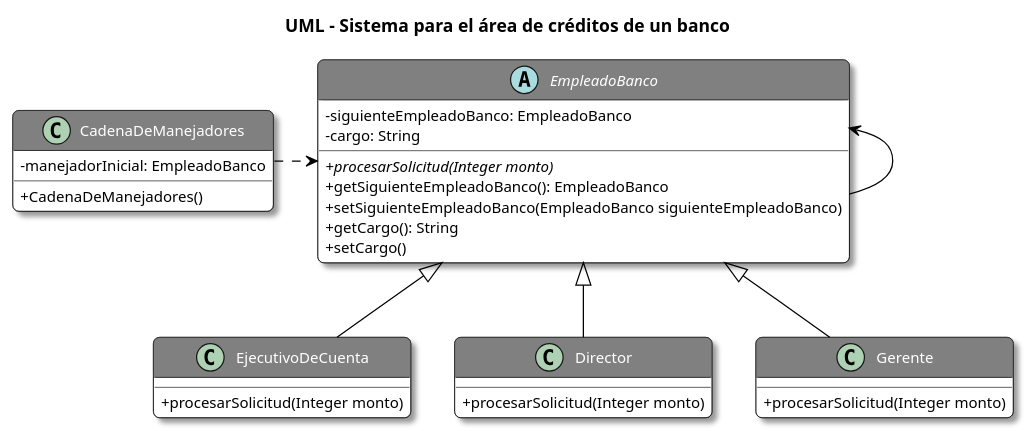
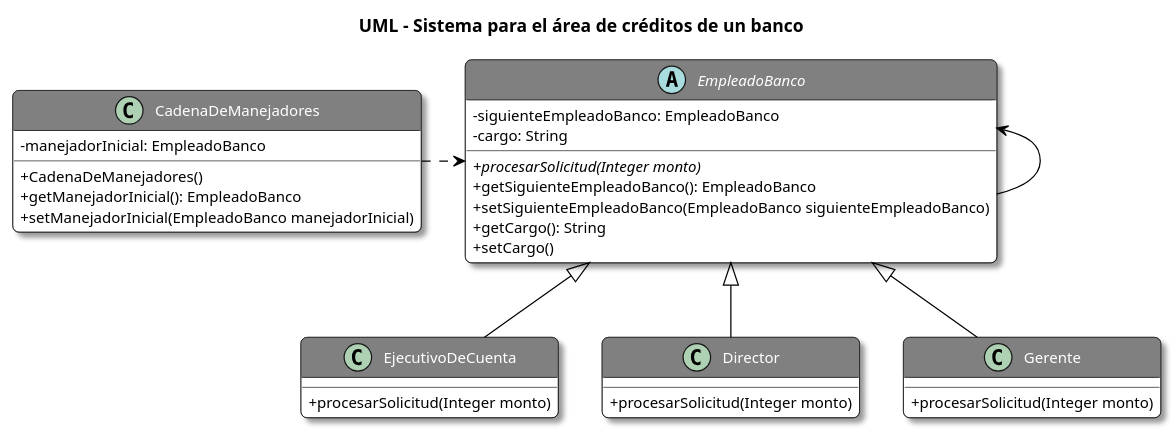
Before and after one commit to hfelipeserna/hfelipeserna.github.io: the diagram in Digital_House-Certified_Tech_Developer/Backend_I/Responsability_chain_pattern/Sistema_de_créditos/src/Sistema_Crédito_Bancario.puml, drawn with PlantUML. The commit also changed 2 other files, not shown here.

Commit message:
[FIXED] Corregir diagrama UML
- Se corrige diagrama UML donde no se mostraba el getter y setter para el manejadorInicial de la clase CadenaDeManejadores.

```diff
--- a/Digital_House-Certified_Tech_Developer/Backend_I/Responsability_chain_pattern/Sistema_de_créditos/src/Sistema_Crédito_Bancario.puml
+++ b/Digital_House-Certified_Tech_Developer/Backend_I/Responsability_chain_pattern/Sistema_de_créditos/src/Sistema_Crédito_Bancario.puml
@@ -1,69 +1,71 @@
 @startuml
 'https://plantuml.com/class-diagram
 '___________STYLES___________
 title UML - Sistema para el área de créditos de un banco
 skinparam classAttributeIconSize 0
 skinparam backgroundColor White
 skinparam RoundCorner 10
 skinparam Shadowing true
 
 skinparam class {
     ArrowColor Black
     BackgroundColor White
     HeaderBackgroundColor Gray
     BorderColor Black
     FontColor White
     FontSize 14
     AttributeFontSize 12
 }
 
 skinparam object{
     ArrowColor Black
     BackgroundColor White
     BorderColor Black
     FontColor Black
     FontSize 14
     AttributeFontSize 12
 }
 
 skinparam note {
     BackgroundColor LightYellow
     BorderColor Black
 }
 
 '___________UML___________
 
 abstract EmpleadoBanco {
 - siguienteEmpleadoBanco: EmpleadoBanco
 - cargo: String
 +{abstract}procesarSolicitud(Integer monto)
 +getSiguienteEmpleadoBanco(): EmpleadoBanco
 +setSiguienteEmpleadoBanco(EmpleadoBanco siguienteEmpleadoBanco)
 +getCargo(): String
 +setCargo()
 }
 
 class EjecutivoDeCuenta {
 +procesarSolicitud(Integer monto)
 }
 
 class Director {
 +procesarSolicitud(Integer monto)
 }
 
 class Gerente {
 +procesarSolicitud(Integer monto)
 }
 
 class CadenaDeManejadores {
 -manejadorInicial: EmpleadoBanco
 +CadenaDeManejadores()
++getManejadorInicial(): EmpleadoBanco
++setManejadorInicial(EmpleadoBanco manejadorInicial)
 }
 
 EmpleadoBanco <- EmpleadoBanco
 EmpleadoBanco <|-- EjecutivoDeCuenta
 EmpleadoBanco <|-- Gerente
 EmpleadoBanco <|-- Director
 CadenaDeManejadores .> EmpleadoBanco
 
 @enduml
```
